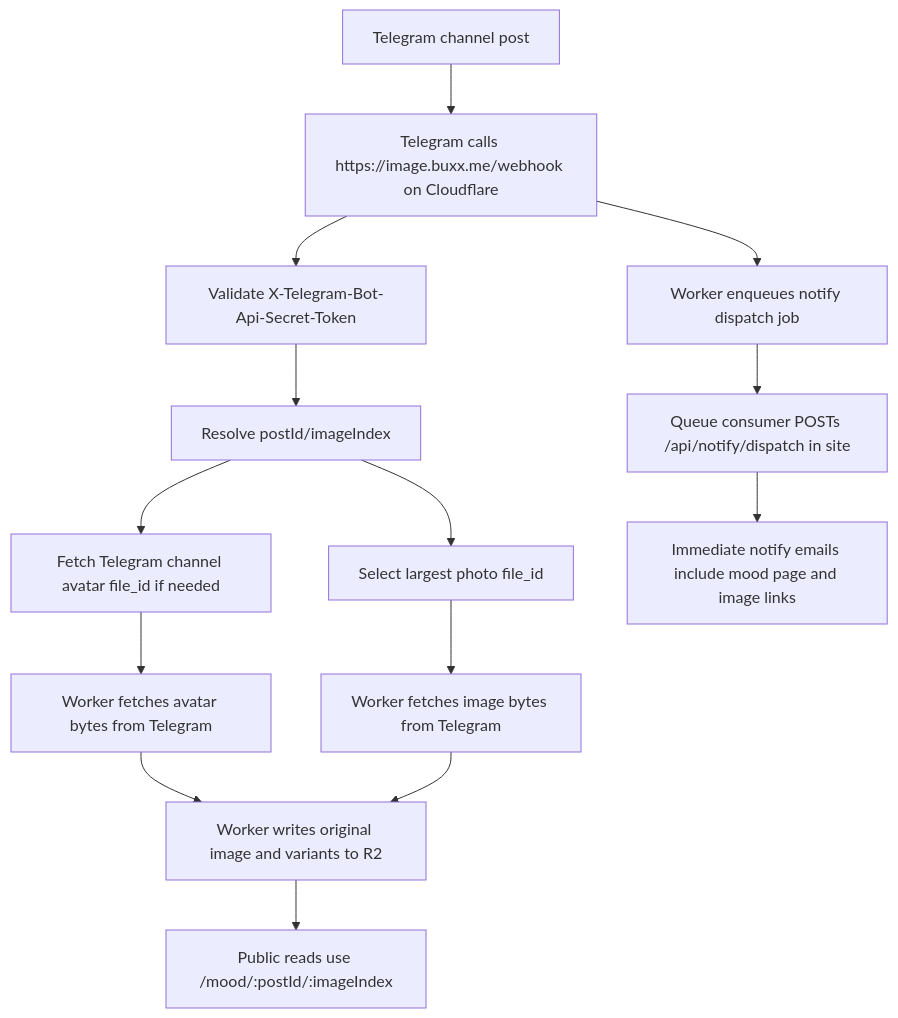
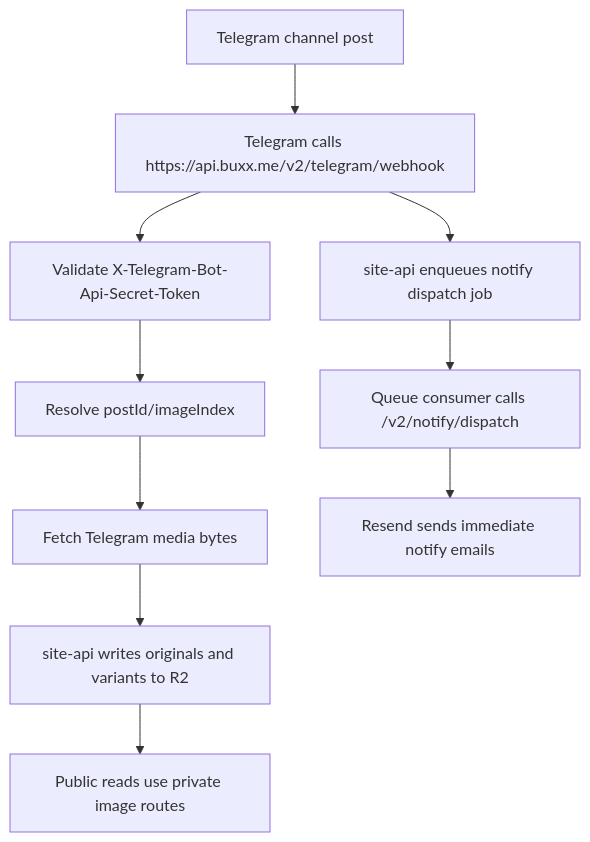
Before and after one commit to bunizao/site: the diagram in docs/TELEGRAM-PIPELINE.md, drawn with Mermaid. The commit also changed other lines of this file and 149 other files, not shown here.

Commit message:
refactor: proxy private API v2

````diff
--- a/docs/TELEGRAM-PIPELINE.md
+++ b/docs/TELEGRAM-PIPELINE.md
@@ -21,16 +16,12 @@
 ```mermaid
 flowchart TD
-  A["Telegram channel post"] --> B["Telegram calls https://image.buxx.me/webhook on Cloudflare"]
+  A["Telegram channel post"] --> B["Telegram calls https://api.buxx.me/v2/telegram/webhook"]
   B --> C["Validate X-Telegram-Bot-Api-Secret-Token"]
   C --> D["Resolve postId/imageIndex"]
-  D --> E["Fetch Telegram channel avatar file_id if needed"]
-  D --> F["Select largest photo file_id"]
-  E --> G["Worker fetches avatar bytes from Telegram"]
-  F --> H["Worker fetches image bytes from Telegram"]
-  G --> I["Worker writes original image and variants to R2"]
-  H --> I
-  I --> J["Public reads use /mood/:postId/:imageIndex"]
-  B --> K["Worker enqueues notify dispatch job"]
-  K --> L["Queue consumer POSTs /api/notify/dispatch in site"]
-  L --> M["Immediate notify emails include mood page and image links"]
+  D --> E["Fetch Telegram media bytes"]
+  E --> F["site-api writes originals and variants to R2"]
+  F --> G["Public reads use private image routes"]
+  B --> H["site-api enqueues notify dispatch job"]
+  H --> I["Queue consumer calls /v2/notify/dispatch"]
+  I --> J["Resend sends immediate notify emails"]
 ```
````
